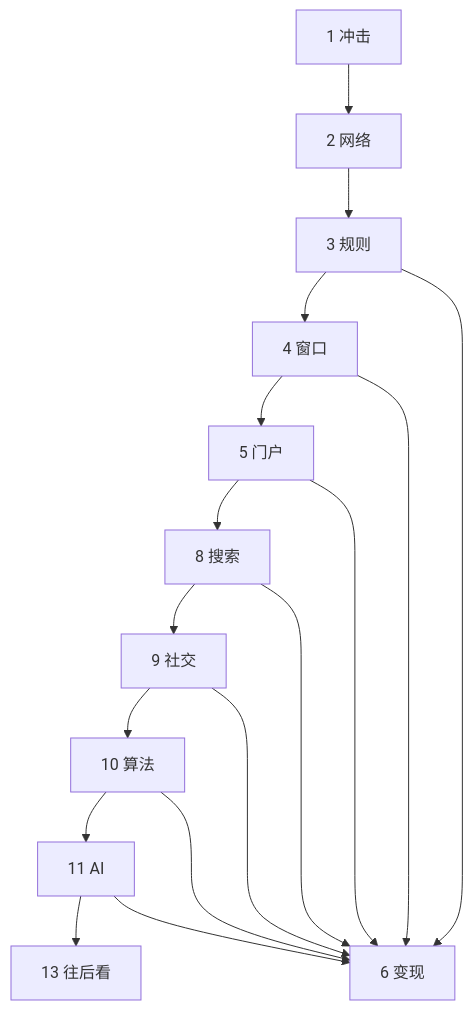
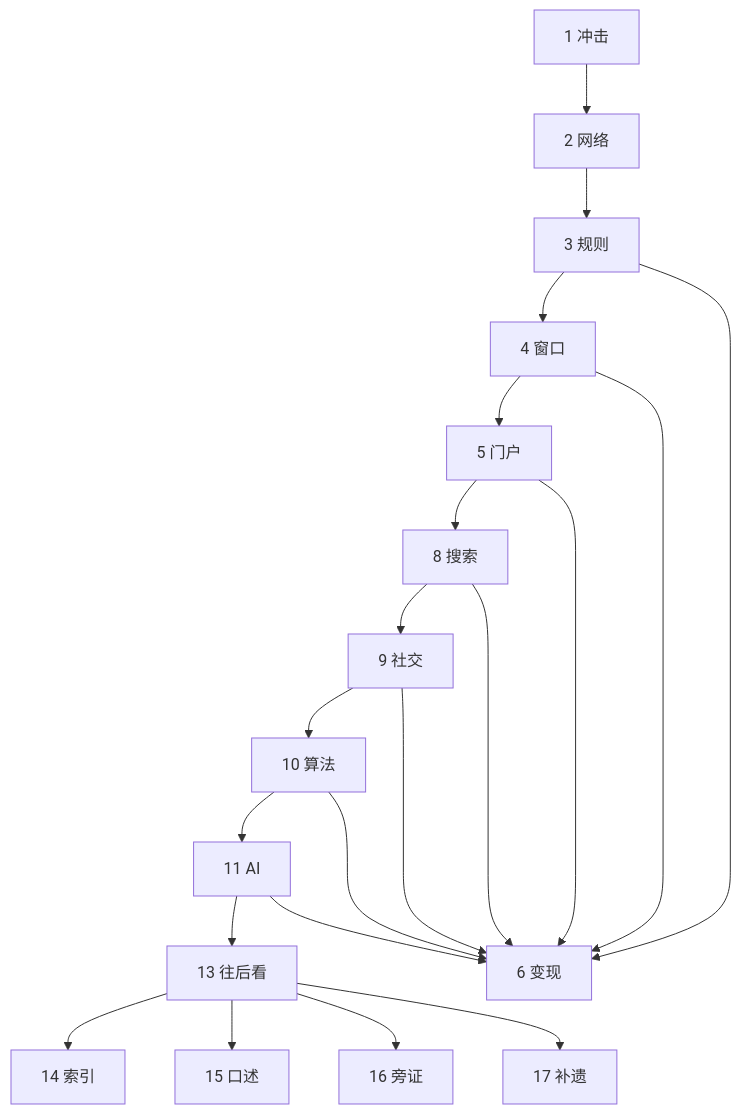
One commit to xiaxinyu/knowledge_base changed the diagram in 10-chronicle/14-internet-history-chronicle.md. Above: the diagram before and after it, drawn with Mermaid. The commit also changed other lines of this file and 1 other file, not shown here.

````diff
--- a/10-chronicle/14-internet-history-chronicle.md
+++ b/10-chronicle/14-internet-history-chronicle.md
@@ -35,19 +48,23 @@
 ```mermaid
 flowchart TB
   A["1 冲击"] --> B["2 网络"]
   B --> C["3 规则"]
   C --> D["4 窗口"]
   D --> E["5 门户"]
   E --> F["8 搜索"]
   F --> G["9 社交"]
   G --> H["10 算法"]
   H --> I["11 AI"]
   I --> K["13 往后看"]
+  K --> L["14 索引"]
+  K --> M["15 口述"]
+  K --> N["16 旁证"]
+  K --> O["17 补遗"]
   C --> J["6 变现"]
   D --> J
   E --> J
   F --> J
   G --> J
   H --> J
   I --> J
 ```
````
